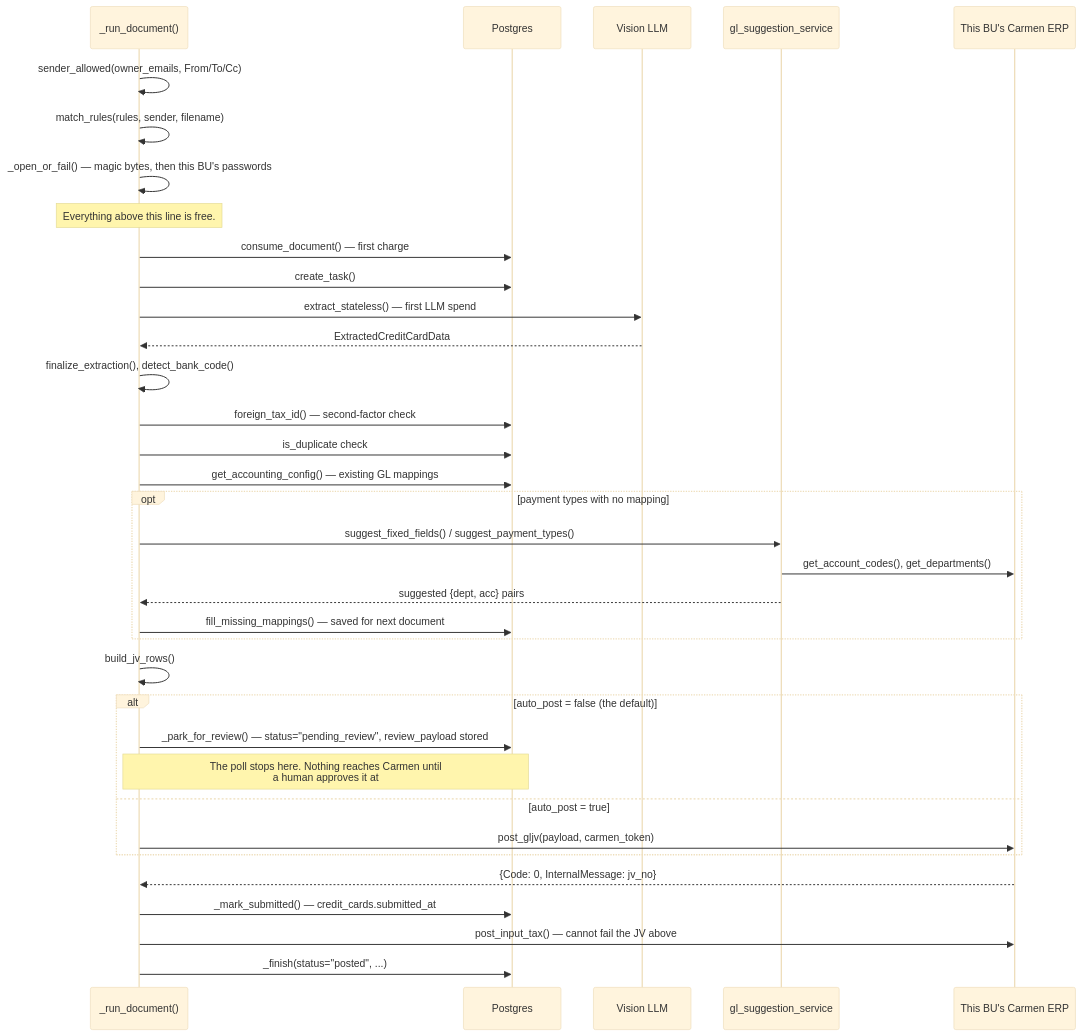
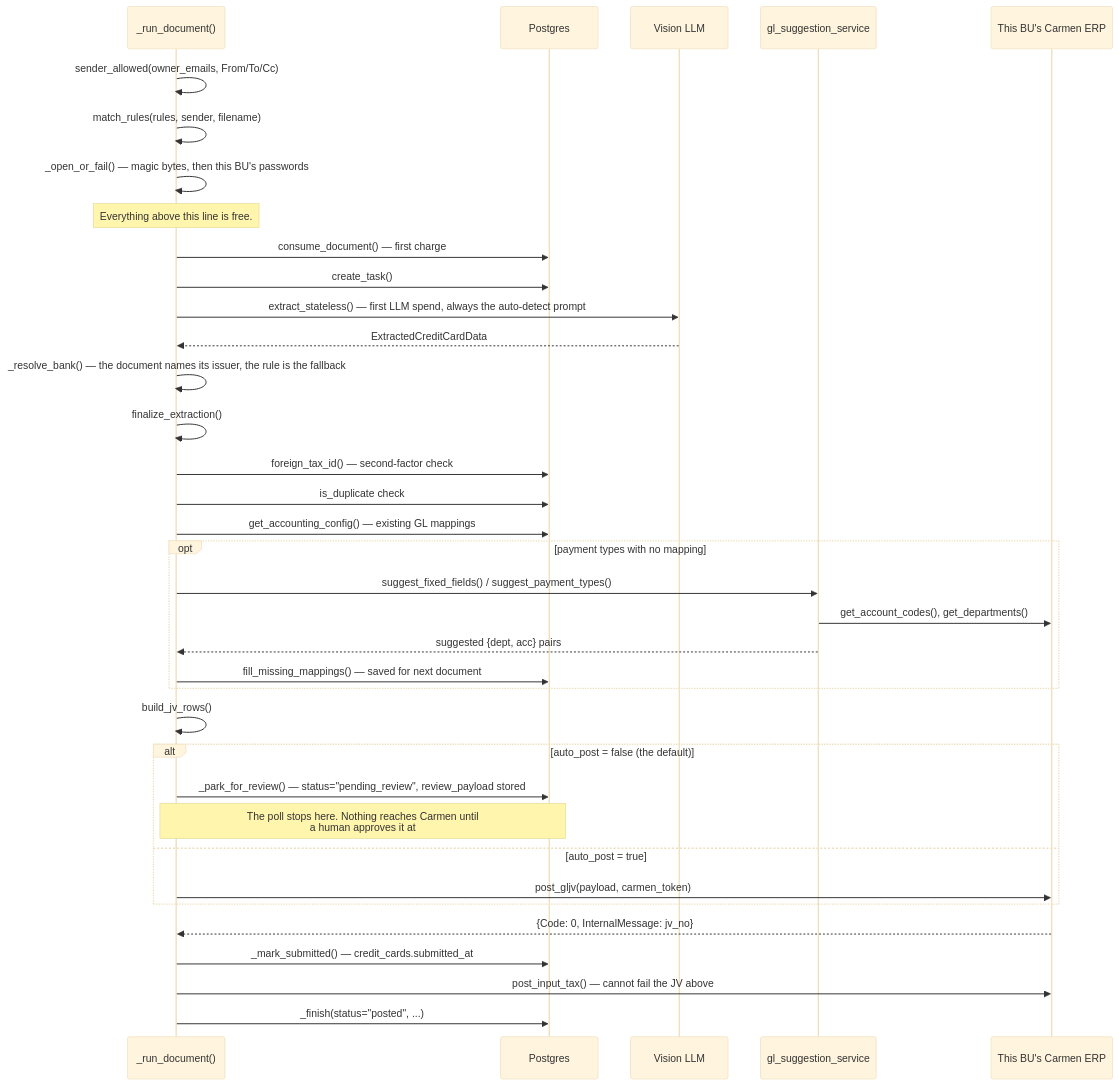
Before and after one commit to developer-carmensoftware/OCR: the sixth of 8 diagrams in docs/email-automation/02-architecture.md, drawn with Mermaid (base theme). The commit also changed 21 other files, not shown here.

````diff
--- a/docs/email-automation/02-architecture.md
+++ b/docs/email-automation/02-architecture.md
@@ -186,38 +186,39 @@
 ```mermaid
 sequenceDiagram
     participant Ingest as _run_document()
     participant DB as Postgres
     participant Vision as Vision LLM
     participant GLSuggest as gl_suggestion_service
     participant Carmen as This BU's Carmen ERP
 
     Ingest->>Ingest: sender_allowed(owner_emails, From/To/Cc)
     Ingest->>Ingest: match_rules(rules, sender, filename)
     Ingest->>Ingest: _open_or_fail() — magic bytes, then this BU's passwords
     Note over Ingest: Everything above this line is free.
     Ingest->>DB: consume_document() — first charge
     Ingest->>DB: create_task()
-    Ingest->>Vision: extract_stateless() — first LLM spend
+    Ingest->>Vision: extract_stateless() — first LLM spend, always the auto-detect prompt
     Vision-->>Ingest: ExtractedCreditCardData
-    Ingest->>Ingest: finalize_extraction(), detect_bank_code()
+    Ingest->>Ingest: _resolve_bank() — the document names its issuer, the rule is the fallback
+    Ingest->>Ingest: finalize_extraction()
     Ingest->>DB: foreign_tax_id() — second-factor check
     Ingest->>DB: is_duplicate check
     Ingest->>DB: get_accounting_config() — existing GL mappings
     opt payment types with no mapping
         Ingest->>GLSuggest: suggest_fixed_fields() / suggest_payment_types()
         GLSuggest->>Carmen: get_account_codes(), get_departments()
         GLSuggest-->>Ingest: suggested {dept, acc} pairs
         Ingest->>DB: fill_missing_mappings() — saved for next document
     end
     Ingest->>Ingest: build_jv_rows()
     alt auto_post = false (the default)
         Ingest->>DB: _park_for_review() — status="pending_review", review_payload stored
         Note over Ingest,DB: The poll stops here. Nothing reaches Carmen until<br/>a human approves it at #/CreditCardOCR.
     else auto_post = true
         Ingest->>Carmen: post_gljv(payload, carmen_token)
     end
     Carmen-->>Ingest: {Code: 0, InternalMessage: jv_no}
     Ingest->>DB: _mark_submitted() — credit_cards.submitted_at
     Ingest->>Carmen: post_input_tax() — cannot fail the JV above
     Ingest->>DB: _finish(status="posted", ...)
 ```
````
